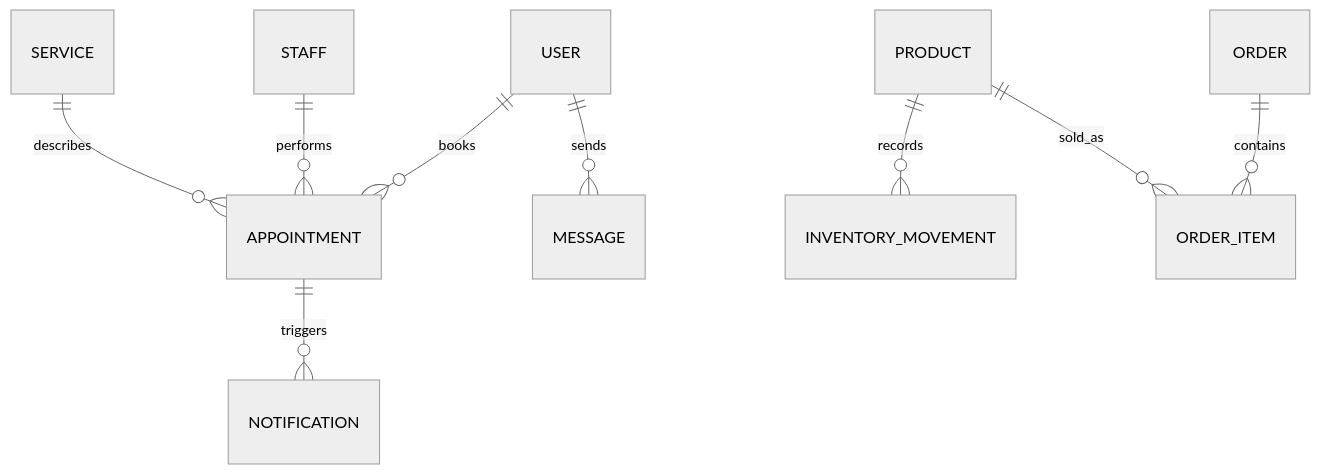
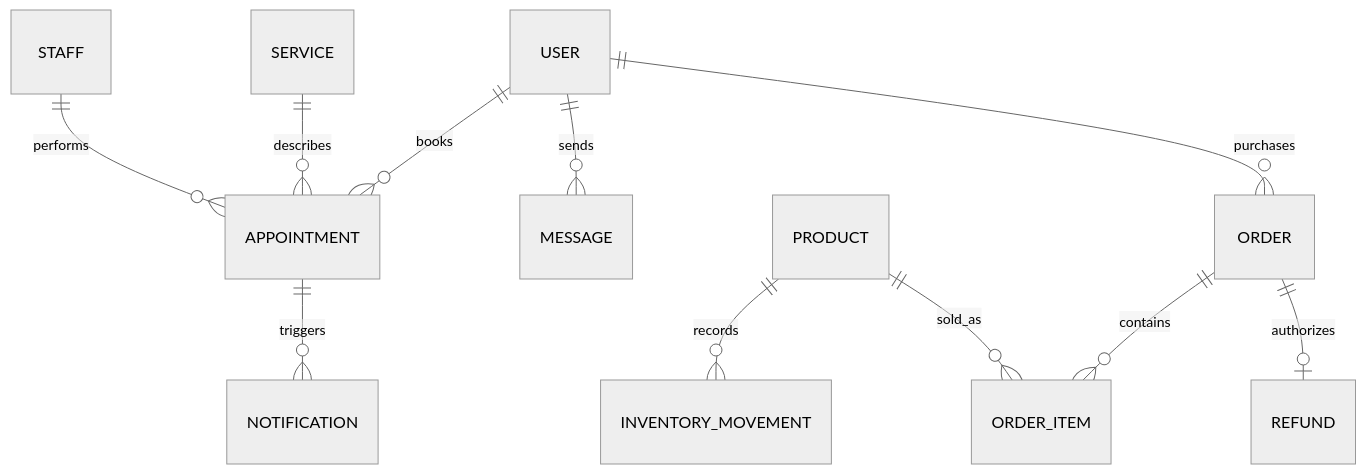
One commit to migtam628/salon_platform_template changed the tenth of 10 diagrams in README.md. Above: the diagram before and after it, drawn with Mermaid (neutral theme). The commit also changed other lines of this file and 11 other files, not shown here.

````diff
--- a/README.md
+++ b/README.md
@@ -382,11 +434,13 @@
 ```mermaid
 erDiagram
     USER ||--o{ APPOINTMENT : books
     STAFF ||--o{ APPOINTMENT : performs
     SERVICE ||--o{ APPOINTMENT : describes
     APPOINTMENT ||--o{ NOTIFICATION : triggers
     USER ||--o{ MESSAGE : sends
     PRODUCT ||--o{ INVENTORY_MOVEMENT : records
     ORDER ||--o{ ORDER_ITEM : contains
     PRODUCT ||--o{ ORDER_ITEM : sold_as
+    USER ||--o{ ORDER : purchases
+    ORDER ||--o| REFUND : authorizes
 ```
````
